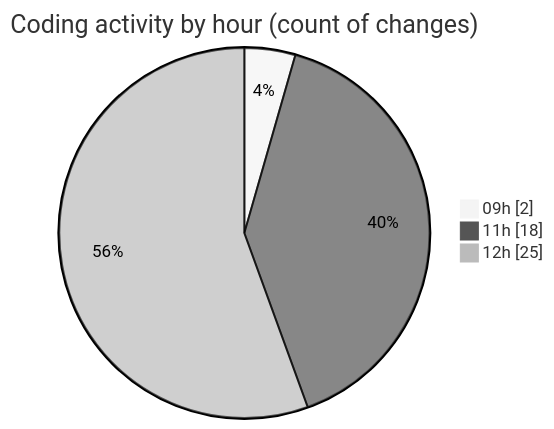
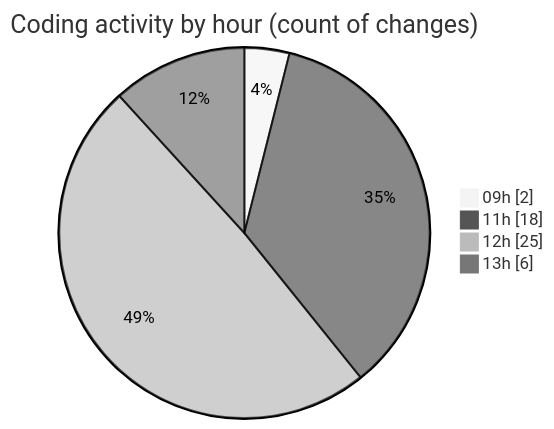
One commit to momahboobian/code-tracking changed the second of 2 diagrams in 2025-06-30/cda/README.md. Above: the diagram before and after it, drawn with Mermaid (neutral theme). The commit also changed other lines of this file and 1 other file, not shown here.

````diff
--- a/2025-06-30/cda/README.md
+++ b/2025-06-30/cda/README.md
@@ -46,7 +48,8 @@
 ```mermaid
 pie showData
 title Coding activity by hour (count of changes)
 "09h" : 2
 "11h" : 18
 "12h" : 25
+"13h" : 6
 ```
````
